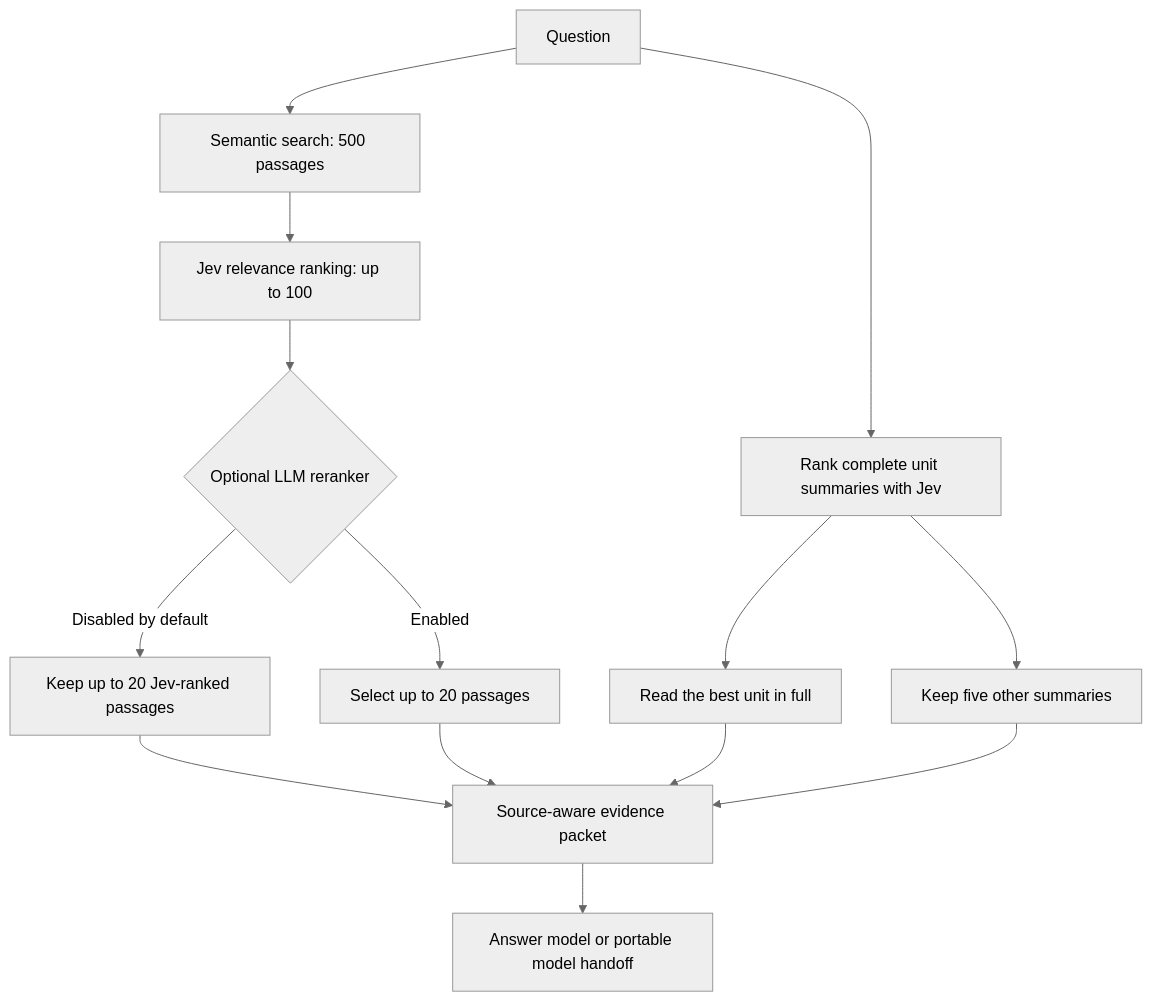
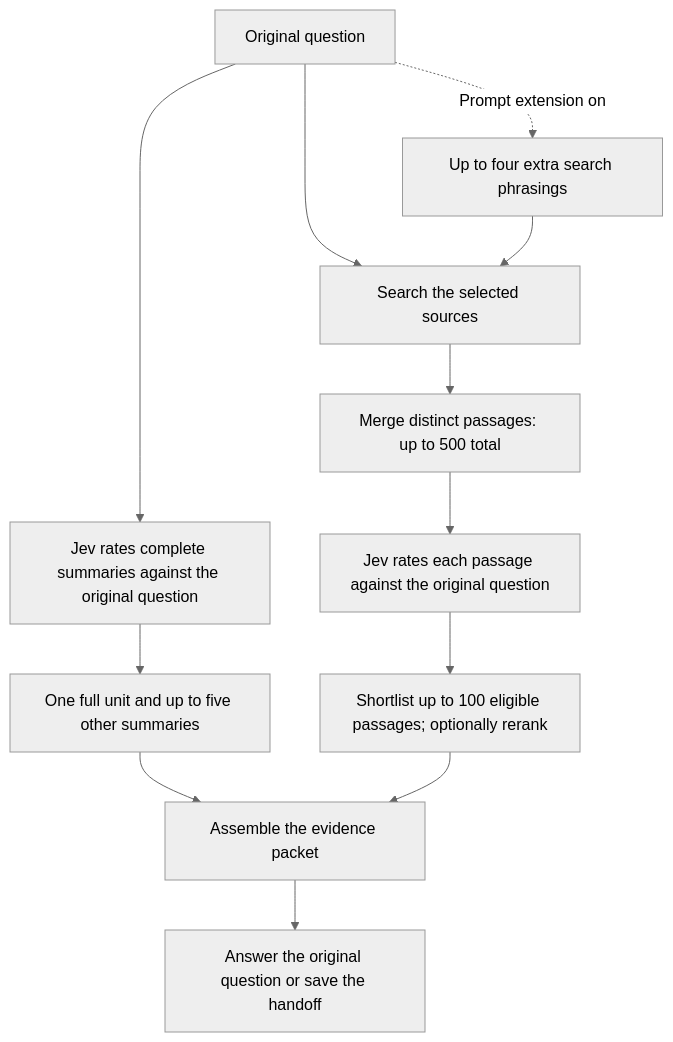
The diagram in README.md (tiagovasc/mori-rag), drawn with Mermaid (neutral theme) before and after one commit. The commit also changed other lines of this file and 6 other files, not shown here.

Commit message:
Document prompt extension, retrieval limits, and shared library setup

````diff
--- a/README.md
+++ b/README.md
@@ -11,16 +13,14 @@
 ```mermaid
 flowchart TD
-    Q[Question] --> E[Semantic search: 500 passages]
-    E --> J[Jev relevance ranking: up to 100]
-    J --> O{Optional LLM reranker}
-    O -->|Disabled by default| P[Keep up to 20 Jev-ranked passages]
-    O -->|Enabled| R[Select up to 20 passages]
-    Q --> S[Rank complete unit summaries with Jev]
-    S --> U[Read the best unit in full]
-    S --> M[Keep five other summaries]
-    P --> C[Source-aware evidence packet]
-    R --> C
-    U --> C
-    M --> C
-    C --> A[Answer model or portable model handoff]
+    Q[Original question] --> E[Search the selected sources]
+    Q -. Prompt extension on .-> V[Up to four extra search phrasings]
+    V --> E
+    E --> D[Merge distinct passages: up to 500 total]
+    D --> J[Jev rates each passage against the original question]
+    J --> P[Shortlist up to 100 eligible passages; optionally rerank]
+    Q --> S[Jev rates complete summaries against the original question]
+    S --> U[One full unit and up to five other summaries]
+    U --> C[Assemble the evidence packet]
+    P --> C
+    C --> A[Answer the original question or save the handoff]
 ```
````
